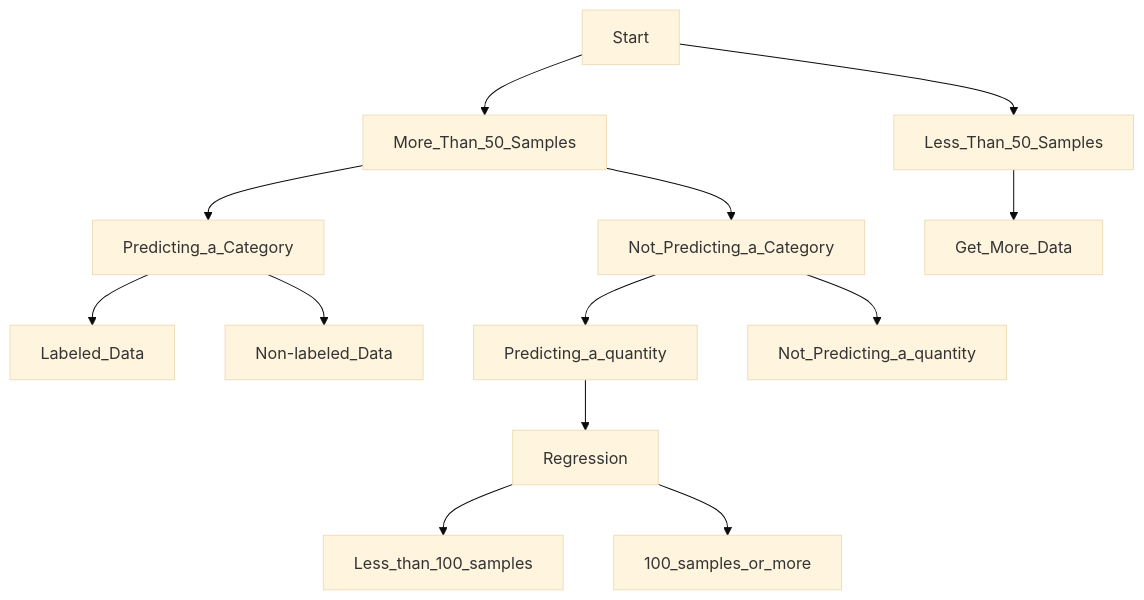
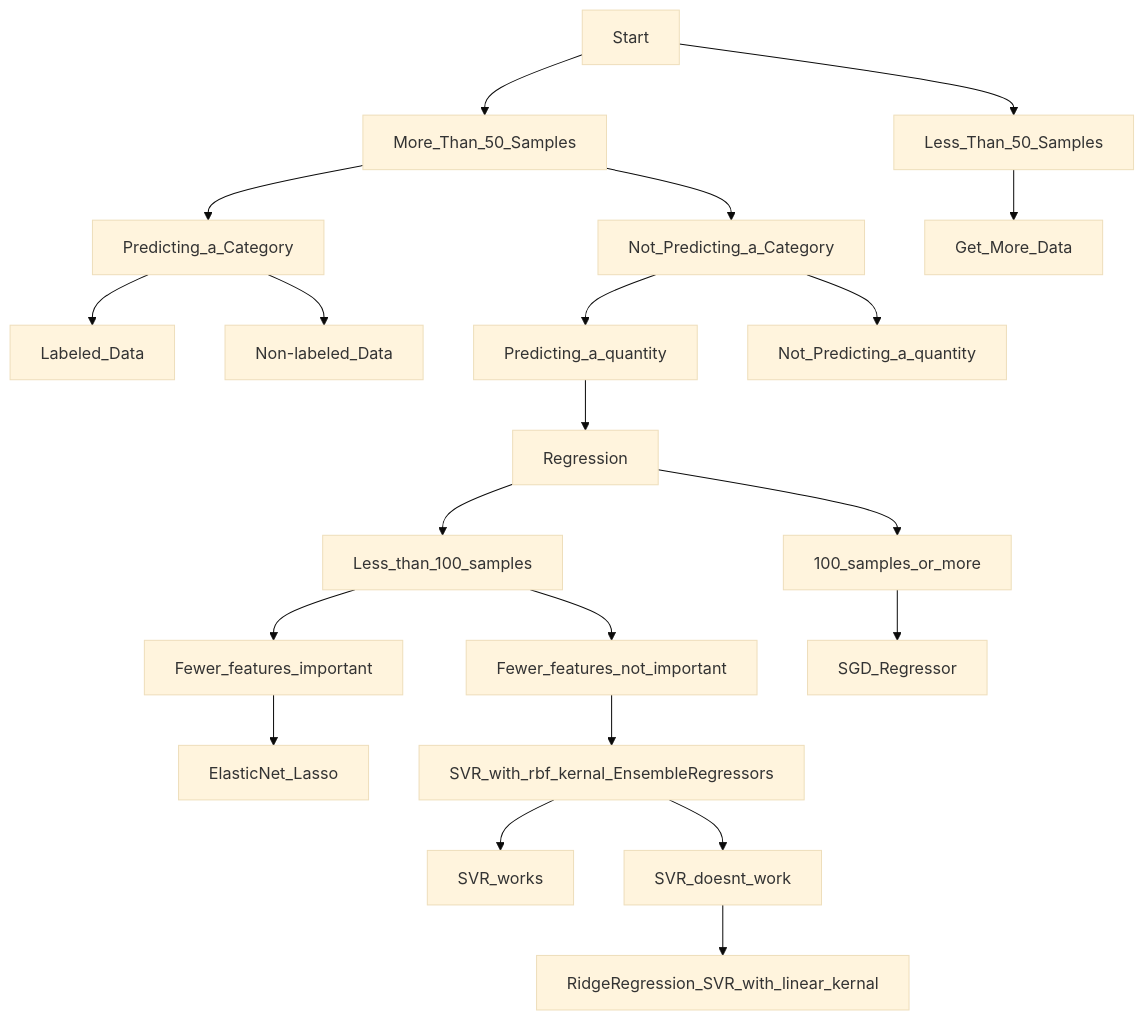
The diagram in ML_Cheatsheet.md (hwetsman/Public_Notes), drawn with Mermaid (base theme) before and after one commit.

````diff
--- a/ML_Cheatsheet.md
+++ b/ML_Cheatsheet.md
@@ -1,26 +1,36 @@
 ```mermaid
 flowchart TD
 Start --> More_Than_50_Samples
   More_Than_50_Samples --> Predicting_a_Category
     Predicting_a_Category --> Labeled_Data
 
     
     Predicting_a_Category --> Non-labeled_Data
 
 
 
   More_Than_50_Samples --> Not_Predicting_a_Category
     Not_Predicting_a_Category --> Predicting_a_quantity
       Predicting_a_quantity --> Regression
         Regression --> Less_than_100_samples
+          Less_than_100_samples --> Fewer_features_important
+            Fewer_features_important --> ElasticNet_Lasso
+
+          Less_than_100_samples --> Fewer_features_not_important
+            Fewer_features_not_important --> SVR_with_rbf_kernal_EnsembleRegressors
+              SVR_with_rbf_kernal_EnsembleRegressors --> SVR_works
+              SVR_with_rbf_kernal_EnsembleRegressors --> SVR_doesnt_work
+                SVR_doesnt_work --> RidgeRegression_SVR_with_linear_kernal
+
         Regression --> 100_samples_or_more
+          100_samples_or_more --> SGD_Regressor
 
     
     Not_Predicting_a_Category --> Not_Predicting_a_quantity
 
 
 Start --> Less_Than_50_Samples
   Less_Than_50_Samples --> Get_More_Data
 
 
 ```
````
